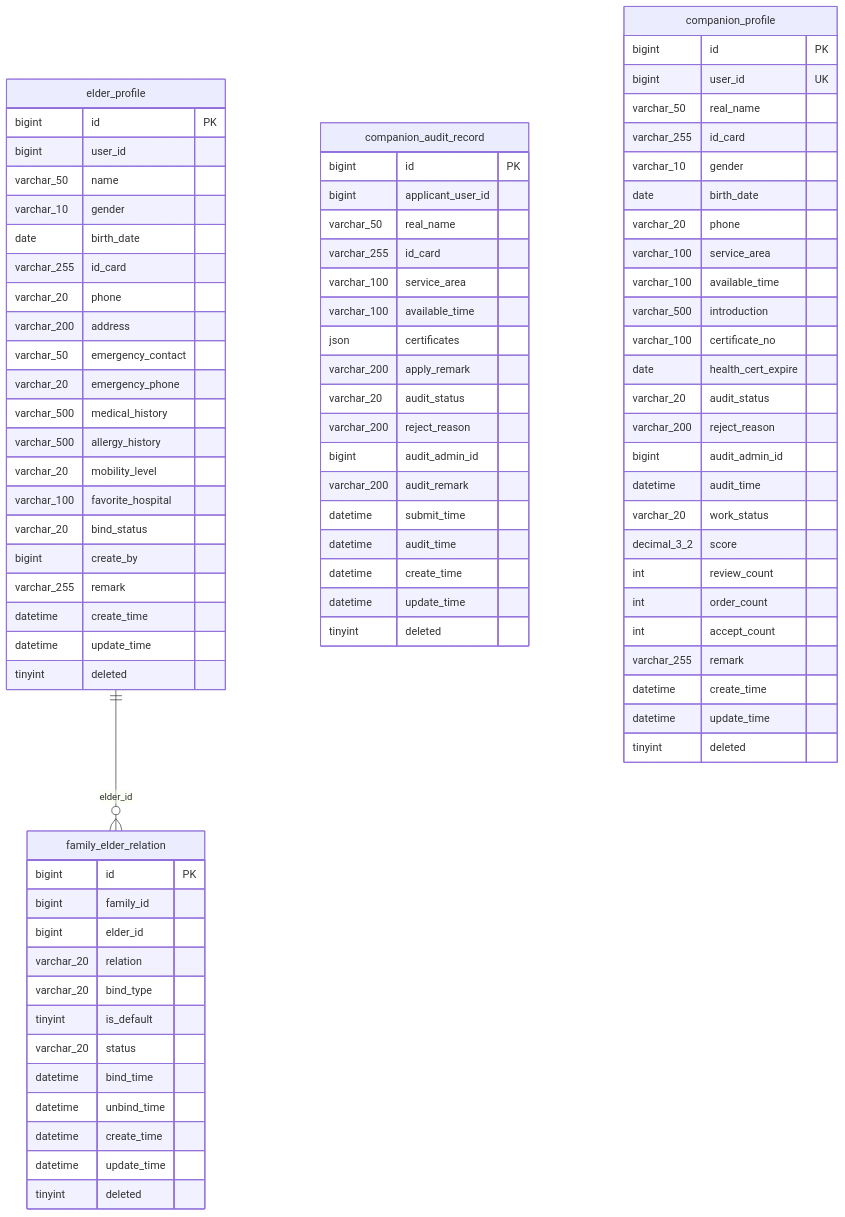
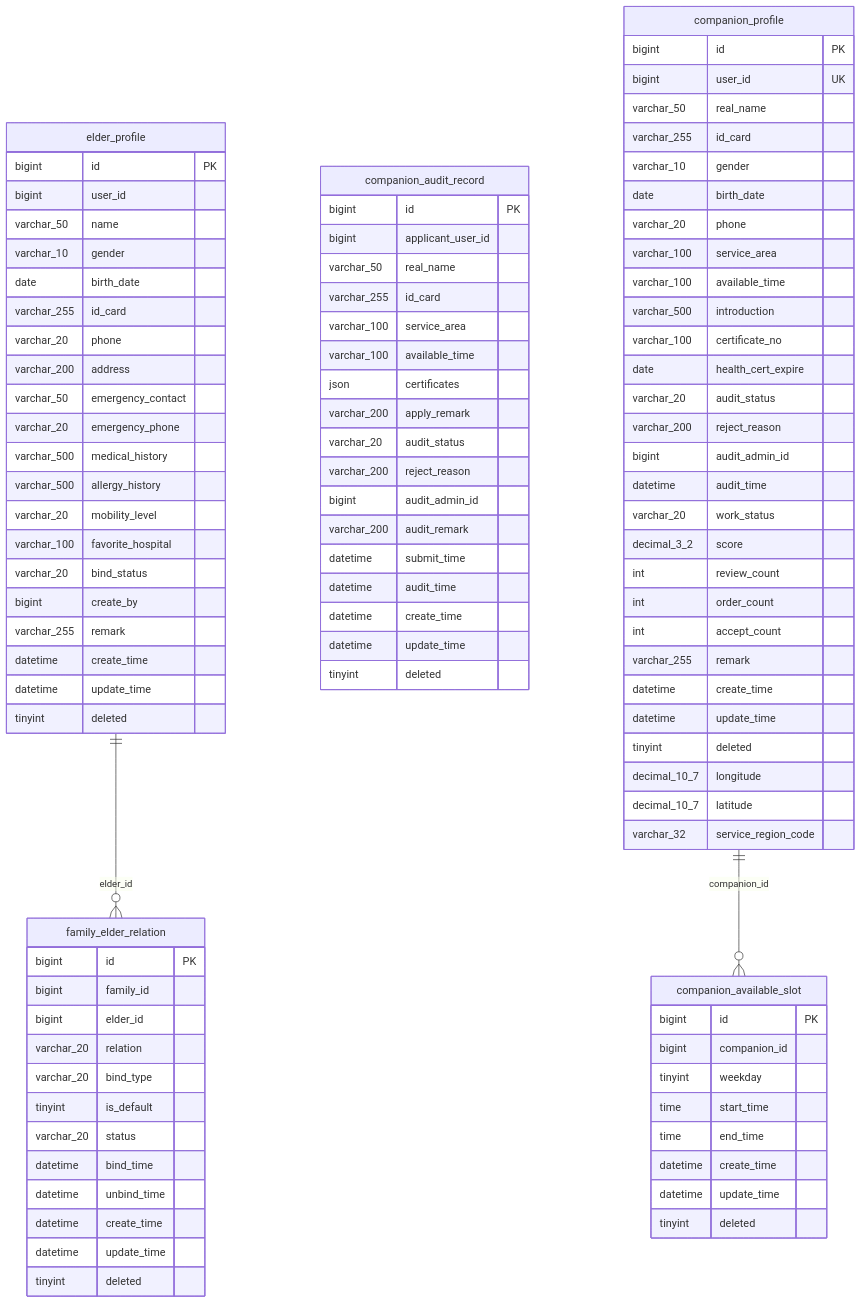
The third of 7 diagrams in docs/db/01-ER图.md (wangpanbin/Senior-Companion-Health-Assessment), drawn with Mermaid before and after one commit. The commit also changed other lines of this file and 63 other files, not shown here.

````diff
--- a/docs/db/01-ER图.md
+++ b/docs/db/01-ER图.md
@@ -235,6 +237,20 @@
         datetime create_time
         datetime update_time
         tinyint deleted
+        decimal_10_7 longitude
+        decimal_10_7 latitude
+        varchar_32 service_region_code
+    }
+    companion_available_slot {
+        bigint id PK
+        bigint companion_id
+        tinyint weekday
+        time start_time
+        time end_time
+        datetime create_time
+        datetime update_time
+        tinyint deleted
     }
     elder_profile ||--o{ family_elder_relation : "elder_id"
+    companion_profile ||--o{ companion_available_slot : "companion_id"
 ```
````
